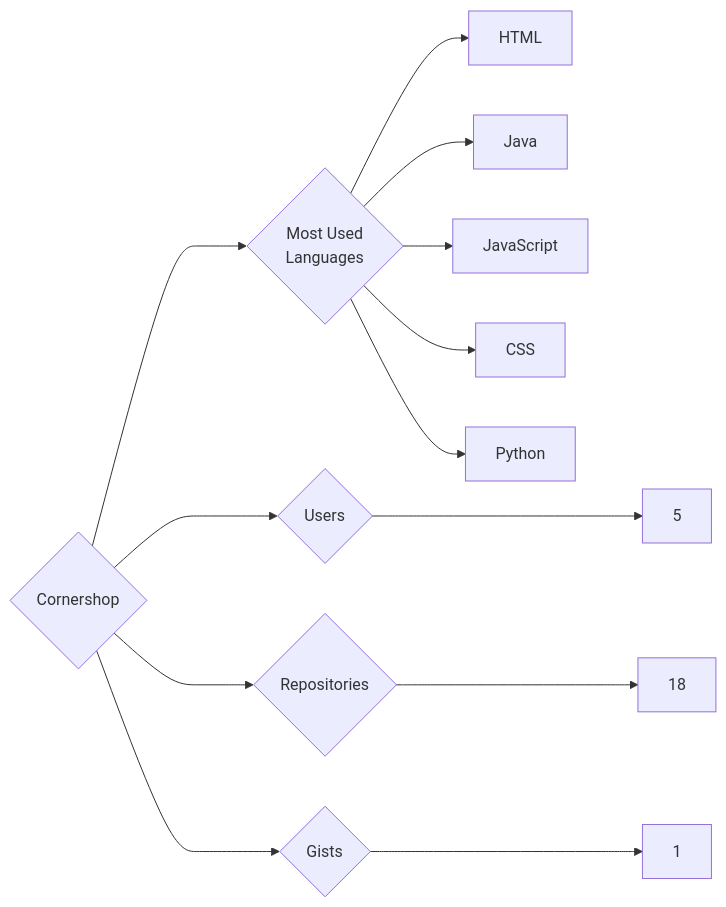
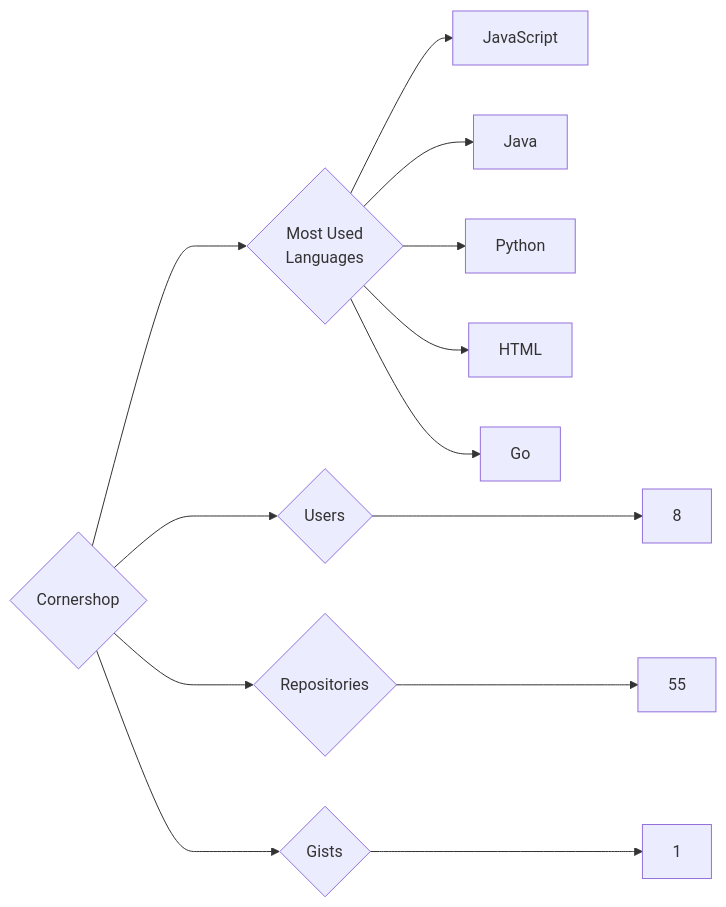
Before and after one commit to trickest/insiders: the diagram in targets/Cornershop/README.md, drawn with Mermaid. The commit also changed 1175 other files, not shown here.

````diff
--- a/targets/Cornershop/README.md
+++ b/targets/Cornershop/README.md
@@ -3,13 +3,13 @@
 ```mermaid
 graph LR
 COMPANY_NAME{Cornershop}
-COMPANY_NAME ---> U{Users} ---> UN[5]
-COMPANY_NAME ---> R{Repositories} ---> RN[18]
+COMPANY_NAME ---> U{Users} ---> UN[8]
+COMPANY_NAME ---> R{Repositories} ---> RN[55]
 COMPANY_NAME ---> G{Gists} ---> GN[1]
 COMPANY_NAME ---> ML{Most Used<br>Languages}
+ML --> JavaScript[JavaScript]
+ML --> Java[Java]
+ML --> Python[Python]
 ML --> HTML[HTML]
-ML --> Java[Java]
-ML --> JavaScript[JavaScript]
-ML --> CSS[CSS]
-ML --> Python[Python]
+ML --> Go[Go]
 ```
````
